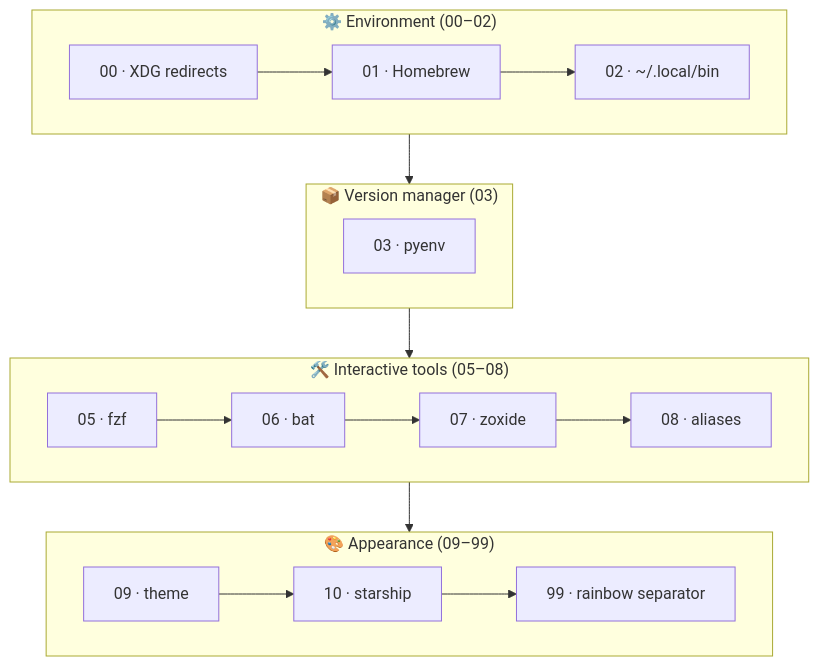
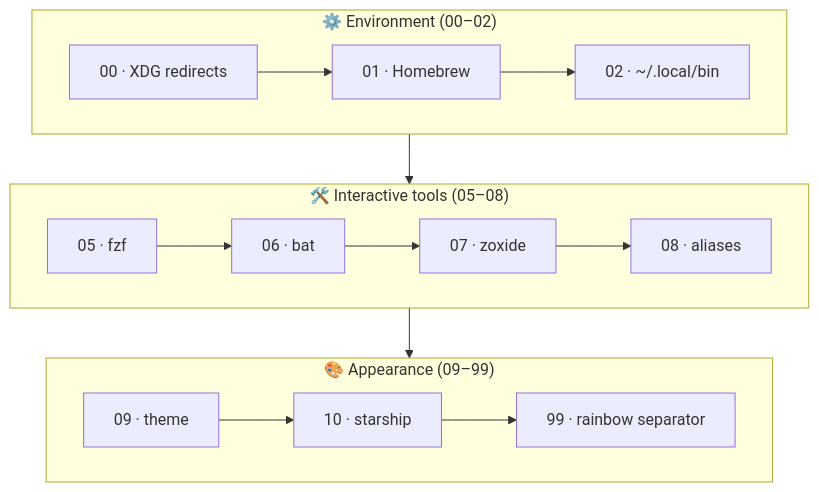
One commit to sergio-santiago/.dotfiles changed the second of 4 diagrams in README.md. Above: the diagram before and after it, drawn with Mermaid. The commit also changed other lines of this file and 21 other files, not shown here.

````diff
--- a/README.md
+++ b/README.md
@@ -250,16 +246,13 @@
 ```mermaid
 flowchart TD
     subgraph env["⚙️ Environment (00–02)"]
         x["00 · XDG redirects"] --> h["01 · Homebrew"] --> b["02 · ~/.local/bin"]
-    end
-    subgraph ver["📦 Version manager (03)"]
-        py["03 · pyenv"]
     end
     subgraph tools["🛠️ Interactive tools (05–08)"]
         fzf["05 · fzf"] --> batf["06 · bat"] --> zo["07 · zoxide"] --> al["08 · aliases"]
     end
     subgraph look["🎨 Appearance (09–99)"]
         th["09 · theme"] --> sh["10 · starship"] --> rb["99 · rainbow separator"]
     end
-    env --> ver --> tools --> look
+    env --> tools --> look
 ```
````
